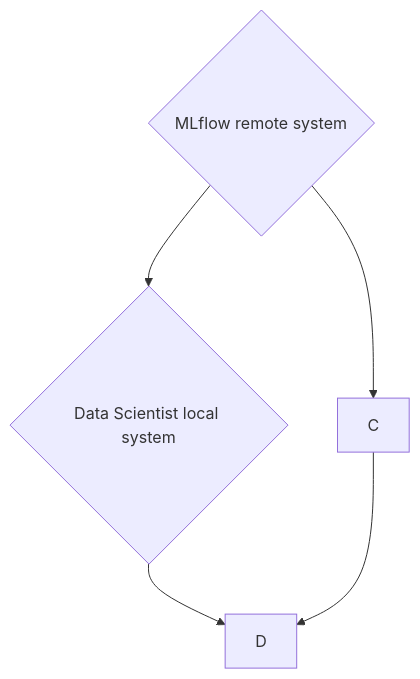
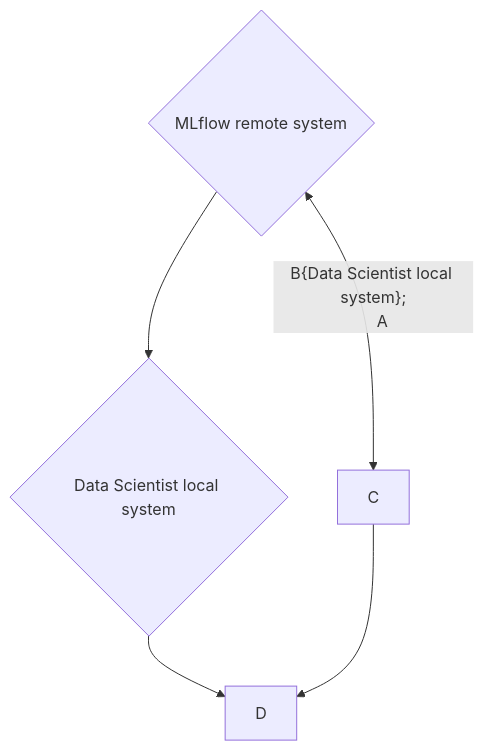
One commit to lukhha/Pio-NER changed the diagram in README.md. Above: the diagram before and after it, drawn with Mermaid.

````diff
--- a/README.md
+++ b/README.md
@@ -23,7 +23,8 @@
 ```mermaid
 graph TD;
     A{MLflow remote system}-->B{Data Scientist local system};
+    A{MLflow remote system}<--B{Data Scientist local system};
     A-->C;
     B-->D;
     C-->D;
 ```
````
